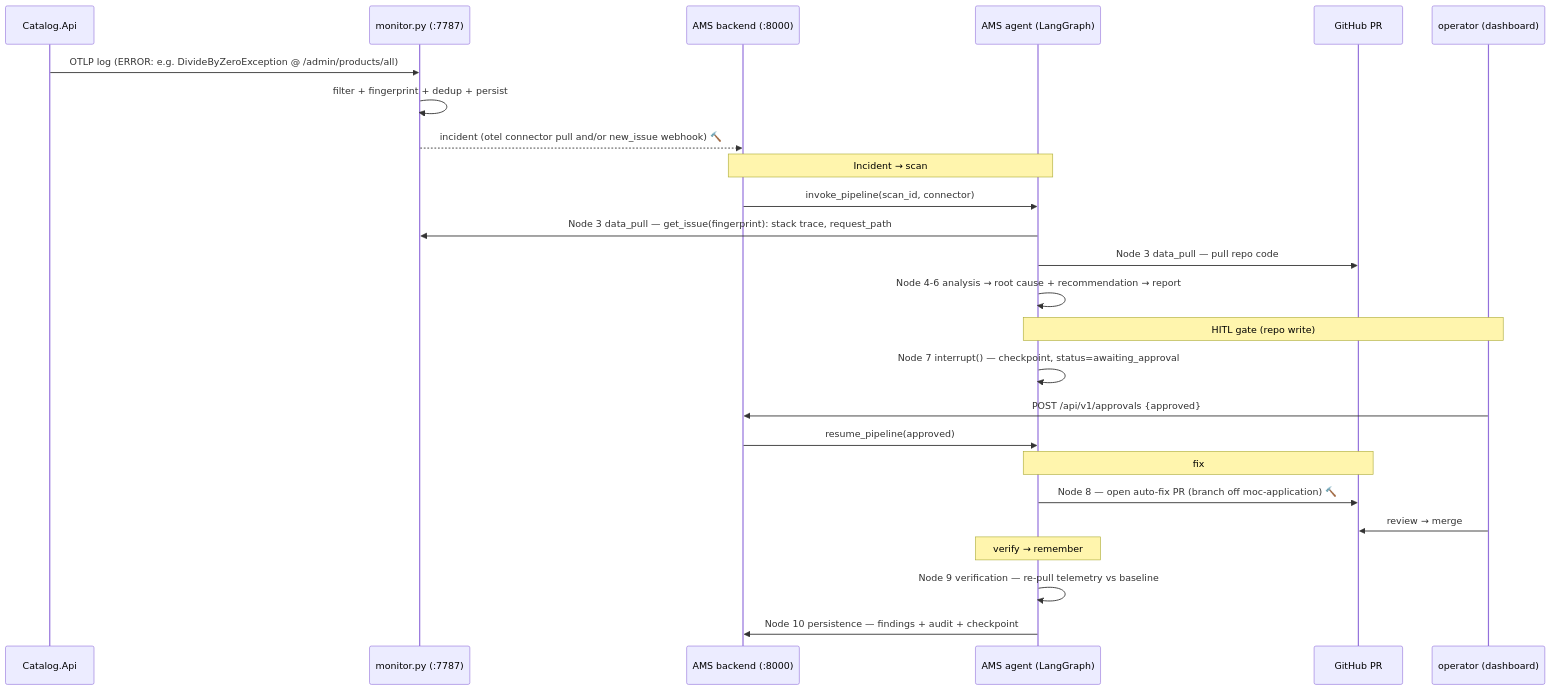
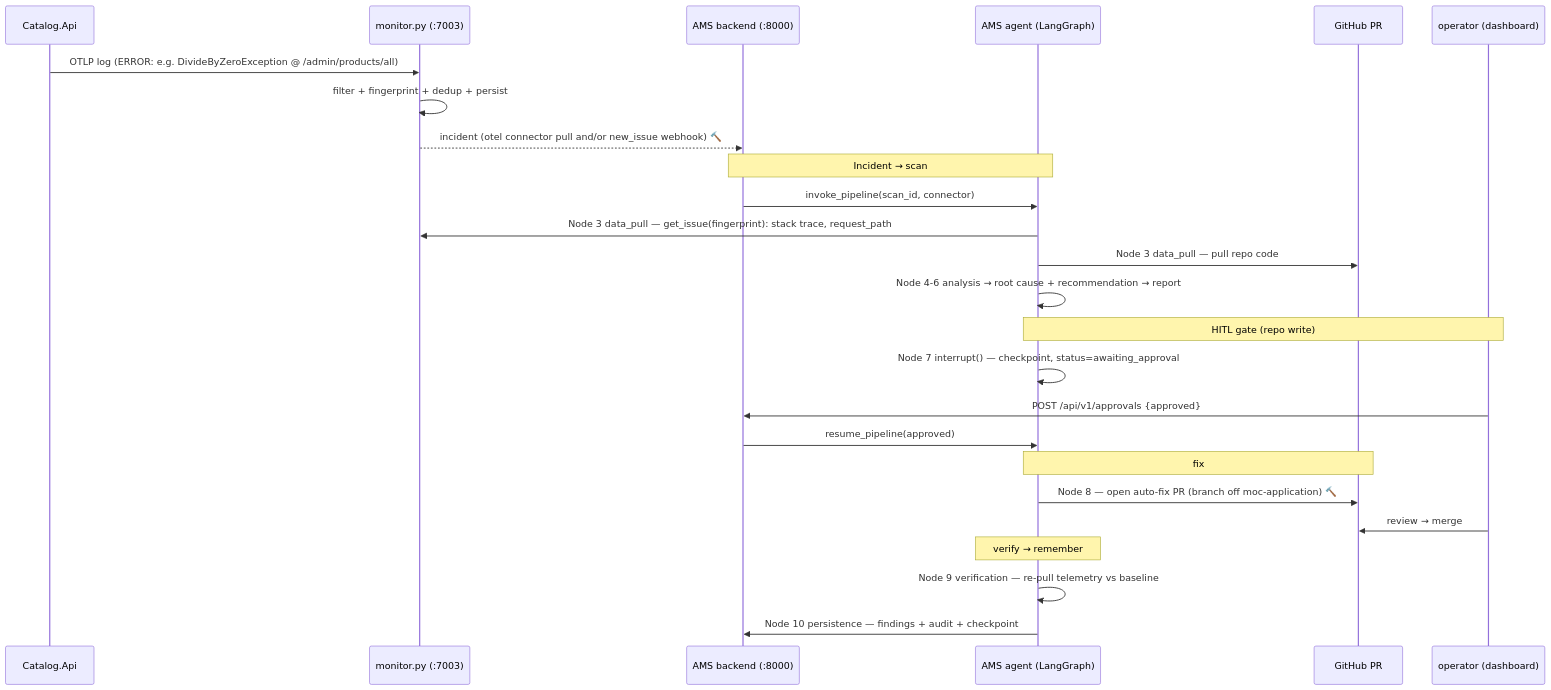
Before and after one commit to JubaerKhan/ams-progcoder-shop: the third of 3 diagrams in poc_v1.0.0_workflow.md, drawn with Mermaid. The commit also changed other lines of this file and 4 other files, not shown here.

````diff
--- a/poc_v1.0.0_workflow.md
+++ b/poc_v1.0.0_workflow.md
@@ -117,32 +117,32 @@
 ```mermaid
 sequenceDiagram
     participant APP as Catalog.Api
-    participant MON as monitor.py (:7787)
+    participant MON as monitor.py (:7003)
     participant AMS as AMS backend (:8000)
     participant LG as AMS agent (LangGraph)
     participant GH as GitHub PR
     participant OP as operator (dashboard)
 
     APP->>MON: OTLP log (ERROR: e.g. DivideByZeroException @ /admin/products/all)
     MON->>MON: filter + fingerprint + dedup + persist
     MON-->>AMS: incident (otel connector pull  and/or  new_issue webhook)  🔨
 
     Note over AMS,LG: Incident → scan
     AMS->>LG: invoke_pipeline(scan_id, connector)
     LG->>MON: Node 3 data_pull — get_issue(fingerprint): stack trace, request_path
     LG->>GH: Node 3 data_pull — pull repo code
     LG->>LG: Node 4-6 analysis → root cause + recommendation → report
 
     Note over LG,OP: HITL gate (repo write)
     LG->>LG: Node 7 interrupt() — checkpoint, status=awaiting_approval
     OP->>AMS: POST /api/v1/approvals {approved}
     AMS->>LG: resume_pipeline(approved)
 
     Note over LG,GH: fix
     LG->>GH: Node 8 — open auto-fix PR (branch off moc-application)  🔨
     OP->>GH: review → merge
 
     Note over LG: verify → remember
     LG->>LG: Node 9 verification — re-pull telemetry vs baseline
     LG->>AMS: Node 10 persistence — findings + audit + checkpoint
 ```
````
